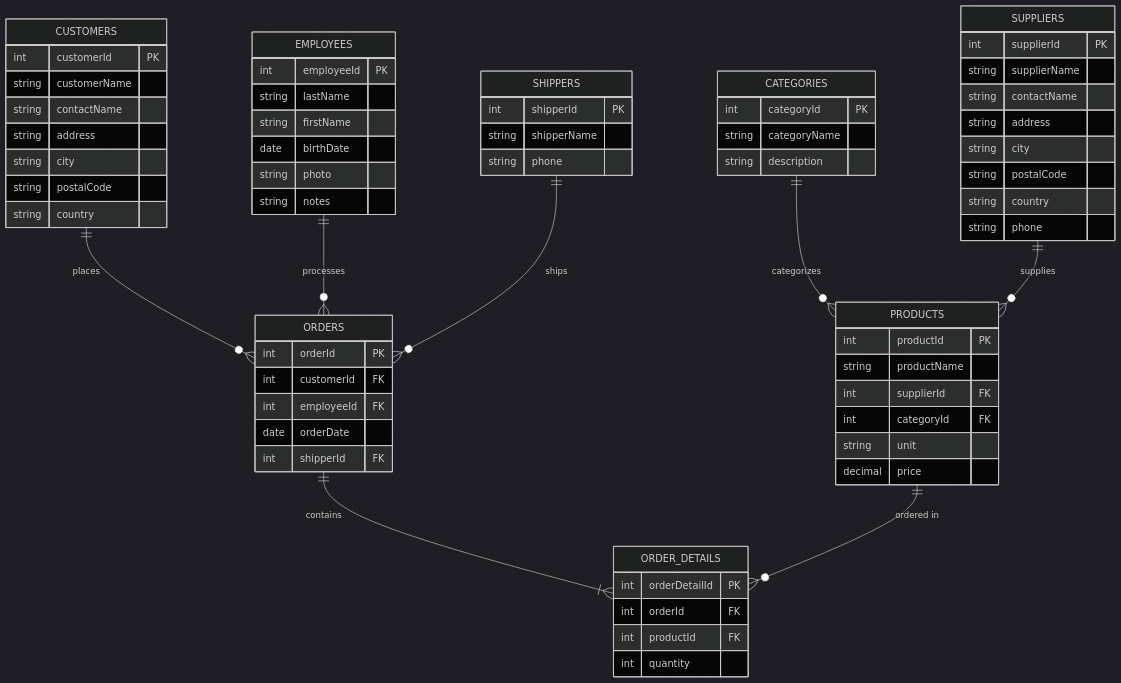
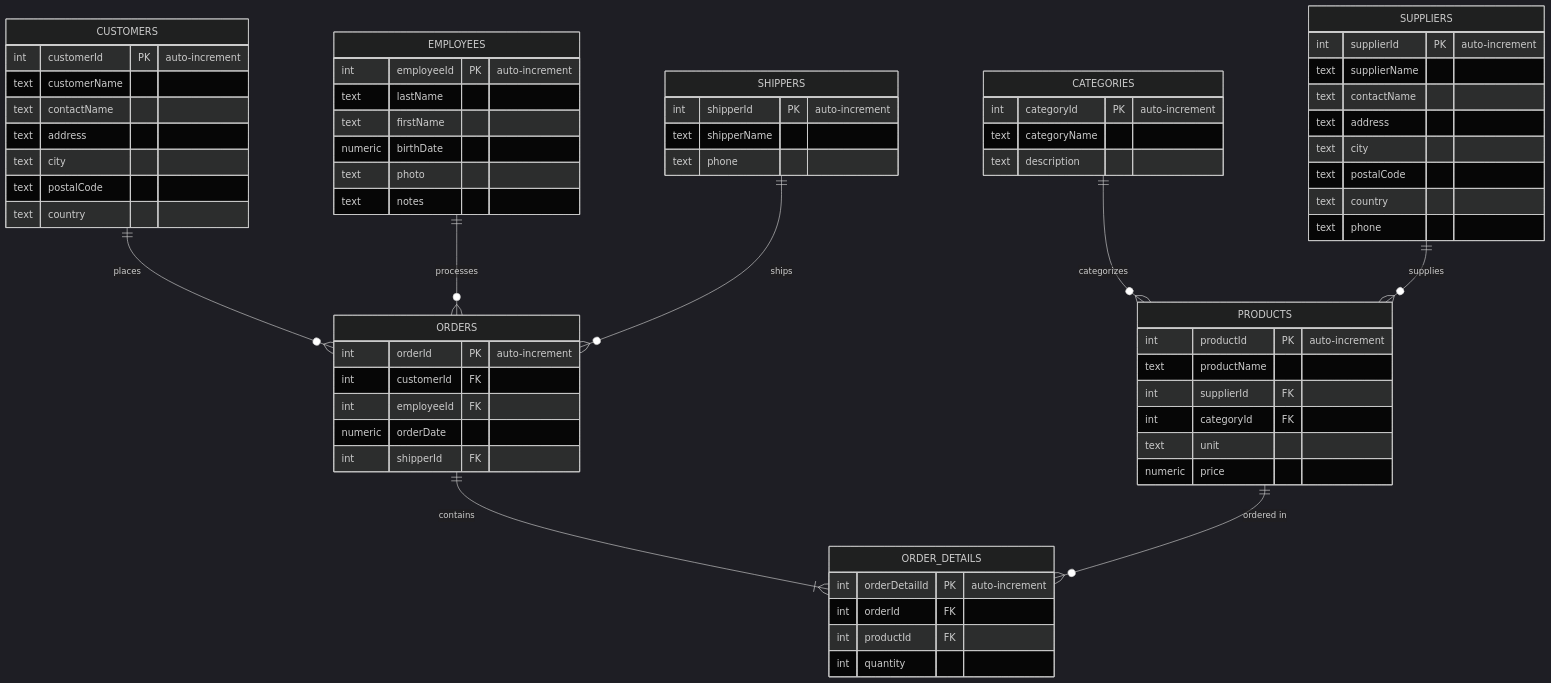
Before and after one commit to shaynemeyer/next-northwind-starter: the diagram in docs/diagrams/database-schema.md, drawn with Mermaid (dark theme). The commit also changed other lines of this file and 16 other files, not shown here.

````diff
--- a/docs/diagrams/database-schema.md
+++ b/docs/diagrams/database-schema.md
@@ -5,76 +5,76 @@
 ```mermaid
 erDiagram
     CUSTOMERS ||--o{ ORDERS : places
     EMPLOYEES ||--o{ ORDERS : processes
     SHIPPERS ||--o{ ORDERS : ships
     ORDERS ||--|{ ORDER_DETAILS : contains
     PRODUCTS ||--o{ ORDER_DETAILS : "ordered in"
     CATEGORIES ||--o{ PRODUCTS : categorizes
     SUPPLIERS ||--o{ PRODUCTS : supplies
 
     CUSTOMERS {
-        int customerId PK
-        string customerName
-        string contactName
-        string address
-        string city
-        string postalCode
-        string country
+        int customerId PK "auto-increment"
+        text customerName
+        text contactName
+        text address
+        text city
+        text postalCode
+        text country
     }
 
     EMPLOYEES {
-        int employeeId PK
-        string lastName
-        string firstName
-        date birthDate
-        string photo
-        string notes
+        int employeeId PK "auto-increment"
+        text lastName
+        text firstName
+        numeric birthDate
+        text photo
+        text notes
     }
 
     SHIPPERS {
-        int shipperId PK
-        string shipperName
-        string phone
+        int shipperId PK "auto-increment"
+        text shipperName
+        text phone
     }
 
     ORDERS {
-        int orderId PK
+        int orderId PK "auto-increment"
         int customerId FK
         int employeeId FK
-        date orderDate
+        numeric orderDate
         int shipperId FK
     }
 
     ORDER_DETAILS {
-        int orderDetailId PK
+        int orderDetailId PK "auto-increment"
         int orderId FK
         int productId FK
         int quantity
     }
 
     PRODUCTS {
-        int productId PK
-        string productName
+        int productId PK "auto-increment"
+        text productName
         int supplierId FK
         int categoryId FK
-        string unit
-        decimal price
+        text unit
+        numeric price
     }
 
     CATEGORIES {
-        int categoryId PK
-        string categoryName
-        string description
+        int categoryId PK "auto-increment"
+        text categoryName
+        text description
     }
 
     SUPPLIERS {
-        int supplierId PK
-        string supplierName
-        string contactName
-        string address
-        string city
-        string postalCode
-        string country
-        string phone
+        int supplierId PK "auto-increment"
+        text supplierName
+        text contactName
+        text address
+        text city
+        text postalCode
+        text country
+        text phone
     }
 ```
````
